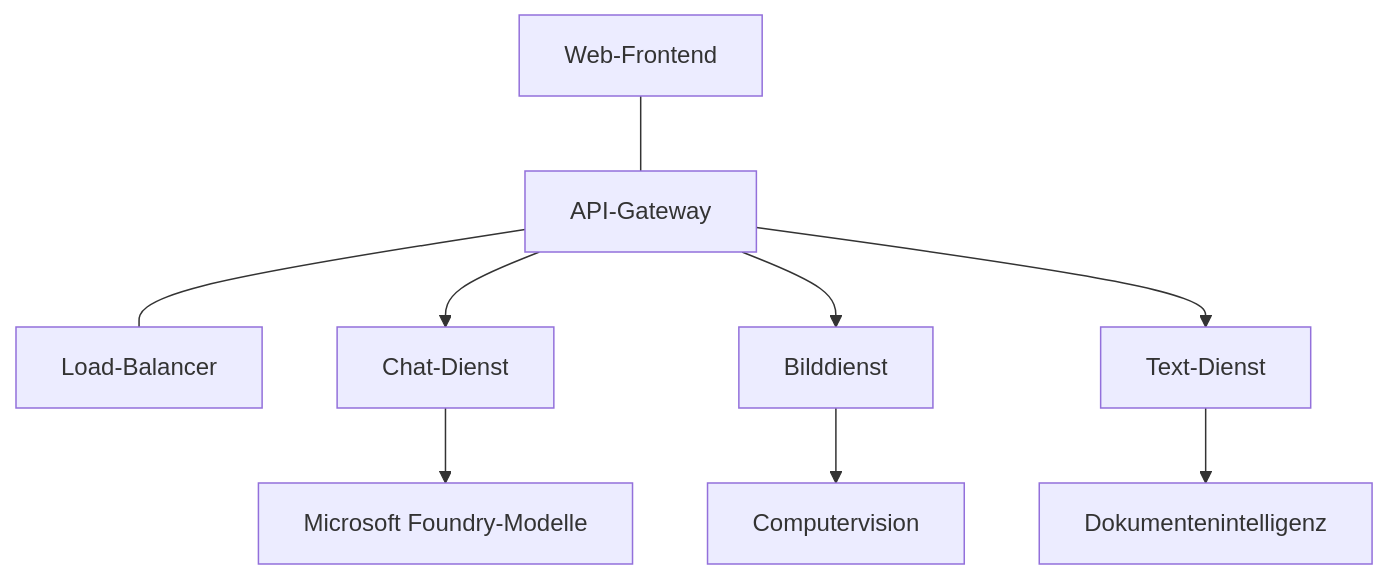
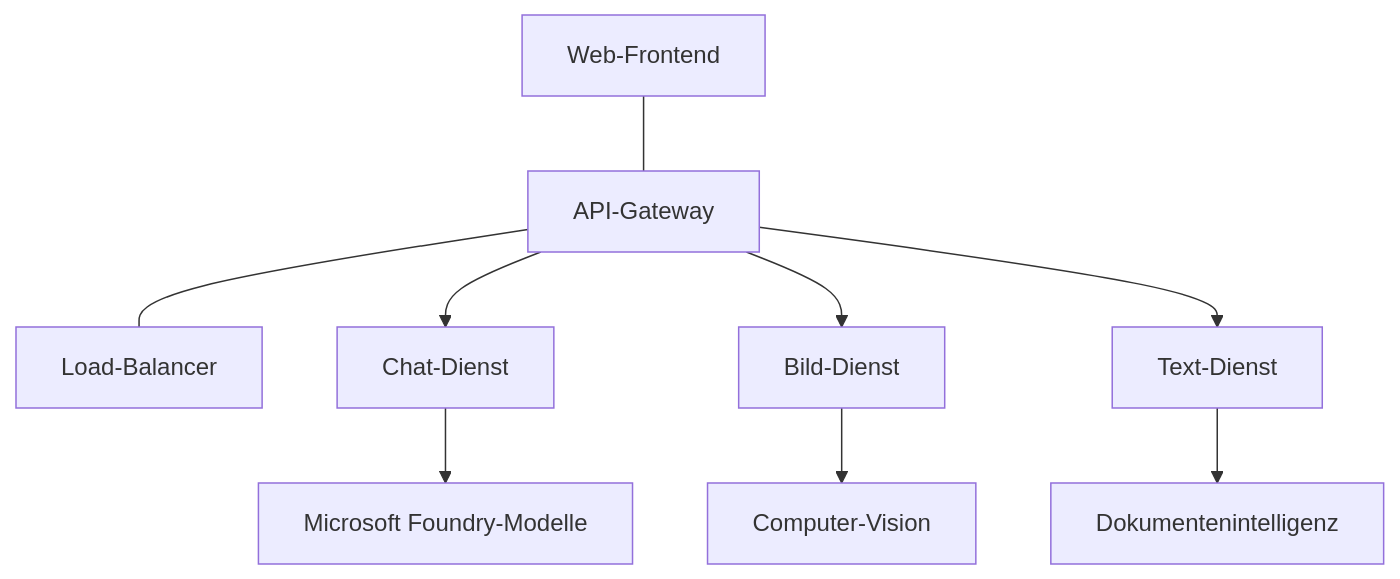
One commit to microsoft/AZD-for-beginners changed the diagram in translations/de/docs/chapter-08-production/production-ai-practices.md. Above: the diagram before and after it, drawn with Mermaid. The commit also changed other lines of this file and 104 other files, not shown here.

````diff
--- a/translations/de/docs/chapter-08-production/production-ai-practices.md
+++ b/translations/de/docs/chapter-08-production/production-ai-practices.md
@@ -30,10 +30,10 @@
 ```mermaid
 graph TD
     Frontend[Web-Frontend] --- Gateway[API-Gateway] --- LB[Load-Balancer]
     Gateway --> Chat[Chat-Dienst]
-    Gateway --> Image[Bilddienst]
+    Gateway --> Image[Bild-Dienst]
     Gateway --> Text[Text-Dienst]
     Chat --> OpenAI[Microsoft Foundry-Modelle]
-    Image --> Vision[Computervision]
+    Image --> Vision[Computer-Vision]
     Text --> DocIntel[Dokumentenintelligenz]
 ```
````
